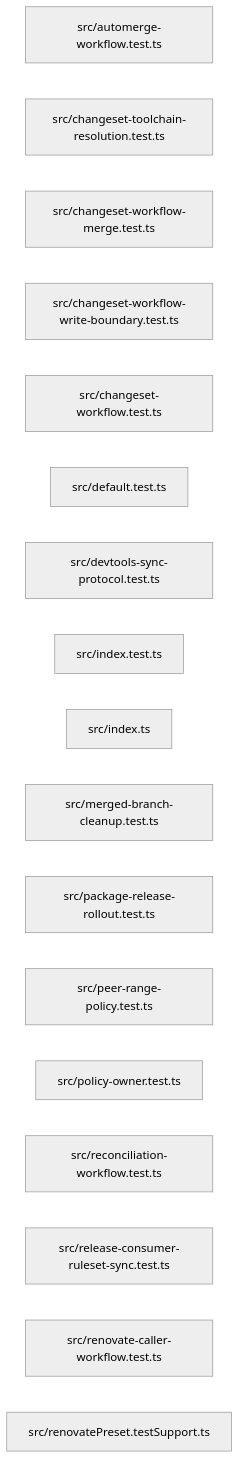
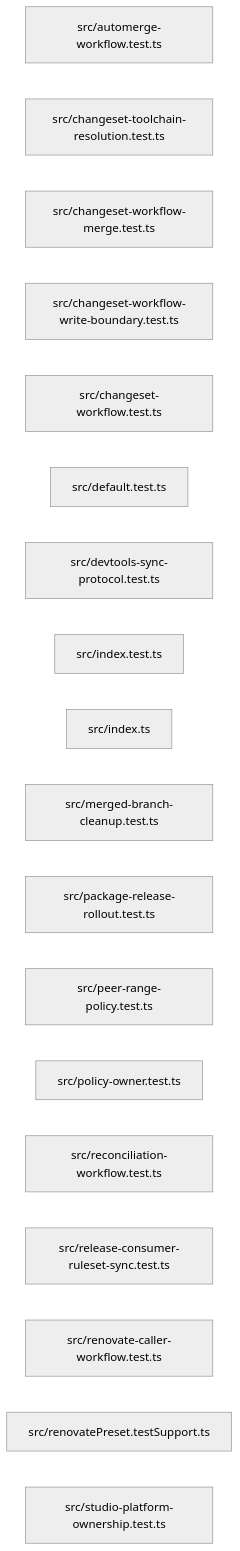
The diagram in paradox/diagrams/export-graph.mmd (ankhorage/renovate), drawn with Mermaid (neutral theme) before and after one commit. The commit also changed 9 other files, not shown here.

```diff
--- a/paradox/diagrams/export-graph.mmd
+++ b/paradox/diagrams/export-graph.mmd
@@ -1,18 +1,19 @@
 graph LR
   module_src_automerge_workflow_test_ts["src/automerge-workflow.test.ts"]
   module_src_changeset_toolchain_resolution_test_ts["src/changeset-toolchain-resolution.test.ts"]
   module_src_changeset_workflow_merge_test_ts["src/changeset-workflow-merge.test.ts"]
   module_src_changeset_workflow_write_boundary_test_ts["src/changeset-workflow-write-boundary.test.ts"]
   module_src_changeset_workflow_test_ts["src/changeset-workflow.test.ts"]
   module_src_default_test_ts["src/default.test.ts"]
   module_src_devtools_sync_protocol_test_ts["src/devtools-sync-protocol.test.ts"]
   module_src_index_test_ts["src/index.test.ts"]
   module_src_index_ts["src/index.ts"]
   module_src_merged_branch_cleanup_test_ts["src/merged-branch-cleanup.test.ts"]
   module_src_package_release_rollout_test_ts["src/package-release-rollout.test.ts"]
   module_src_peer_range_policy_test_ts["src/peer-range-policy.test.ts"]
   module_src_policy_owner_test_ts["src/policy-owner.test.ts"]
   module_src_reconciliation_workflow_test_ts["src/reconciliation-workflow.test.ts"]
   module_src_release_consumer_ruleset_sync_test_ts["src/release-consumer-ruleset-sync.test.ts"]
   module_src_renovate_caller_workflow_test_ts["src/renovate-caller-workflow.test.ts"]
   module_src_renovatePreset_testSupport_ts["src/renovatePreset.testSupport.ts"]
+  module_src_studio_platform_ownership_test_ts["src/studio-platform-ownership.test.ts"]
```
